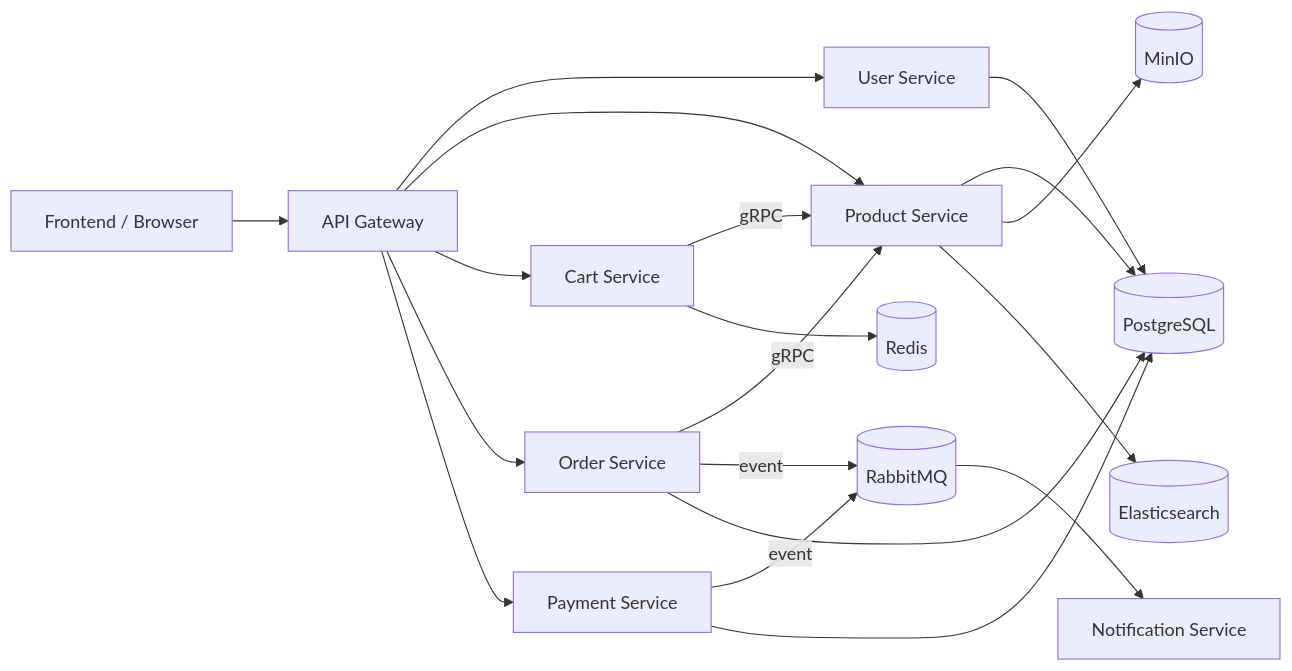
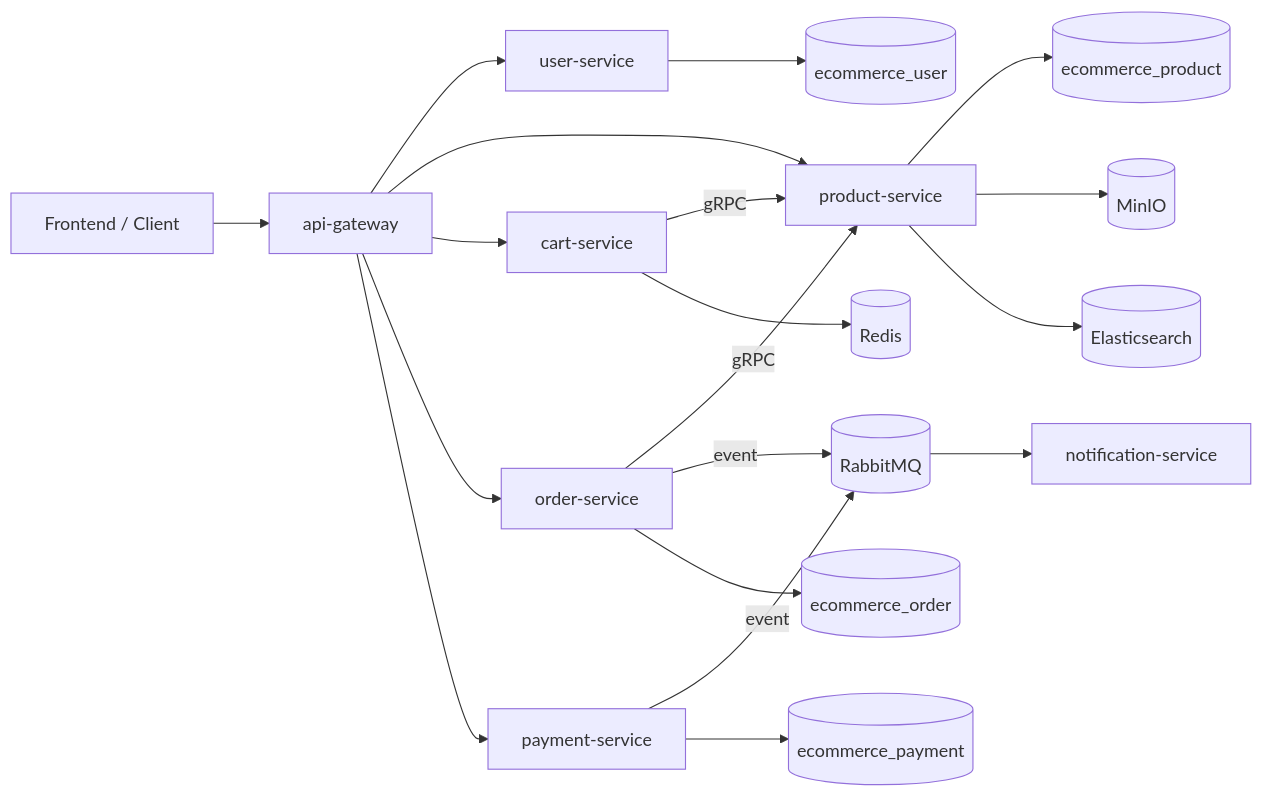
Before and after one commit to NguyenDung278/E-CommerceMicroservicesPlatform: the diagram in README.md, drawn with Mermaid. The commit also changed other lines of this file and 133 other files, not shown here.

Commit message:
refactor: restructure frontend architecture by migrating to a feature-based modular design and centralizing the API layer.

````diff
--- a/README.md
+++ b/README.md
@@ -74,21 +23,21 @@
 ```mermaid
 flowchart LR
-    Browser[Frontend / Browser] --> Gateway[API Gateway]
-    Gateway --> User[User Service]
-    Gateway --> Product[Product Service]
-    Gateway --> Cart[Cart Service]
-    Gateway --> Order[Order Service]
-    Gateway --> Payment[Payment Service]
+    Browser[Frontend / Client] --> Gateway[api-gateway]
+    Gateway --> User[user-service]
+    Gateway --> Product[product-service]
+    Gateway --> Cart[cart-service]
+    Gateway --> Order[order-service]
+    Gateway --> Payment[payment-service]
     Cart -->|gRPC| Product
     Order -->|gRPC| Product
     Order -->|event| RabbitMQ[(RabbitMQ)]
     Payment -->|event| RabbitMQ
-    RabbitMQ --> Notification[Notification Service]
-    User --> Postgres[(PostgreSQL)]
-    Product --> Postgres
-    Order --> Postgres
-    Payment --> Postgres
+    RabbitMQ --> Notification[notification-service]
+    User --> UserDB[(ecommerce_user)]
+    Product --> ProductDB[(ecommerce_product)]
+    Order --> OrderDB[(ecommerce_order)]
+    Payment --> PaymentDB[(ecommerce_payment)]
     Cart --> Redis[(Redis)]
     Product --> MinIO[(MinIO)]
     Product --> Elasticsearch[(Elasticsearch)]
 ```
````
